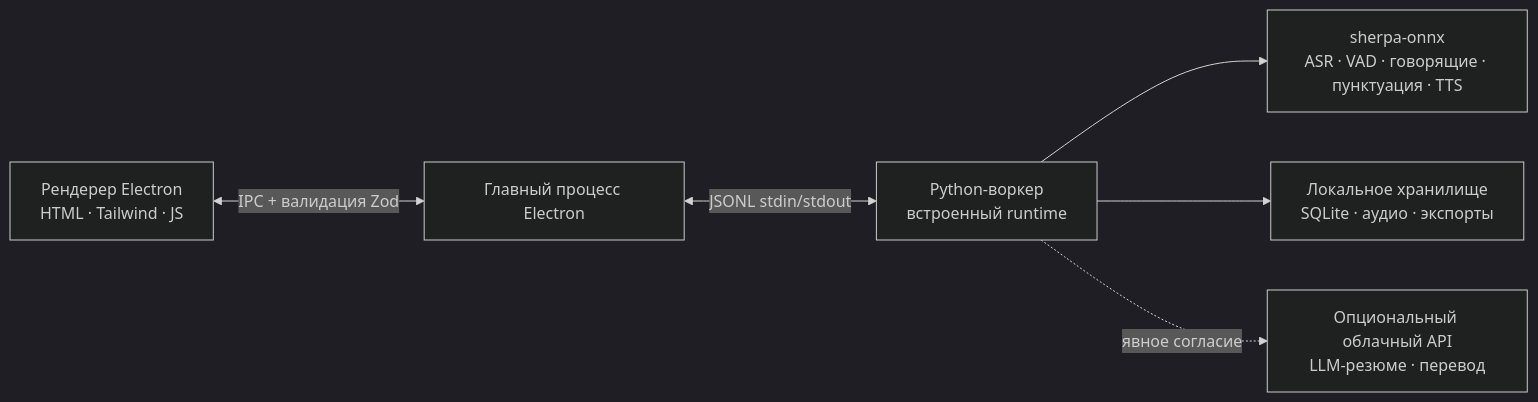
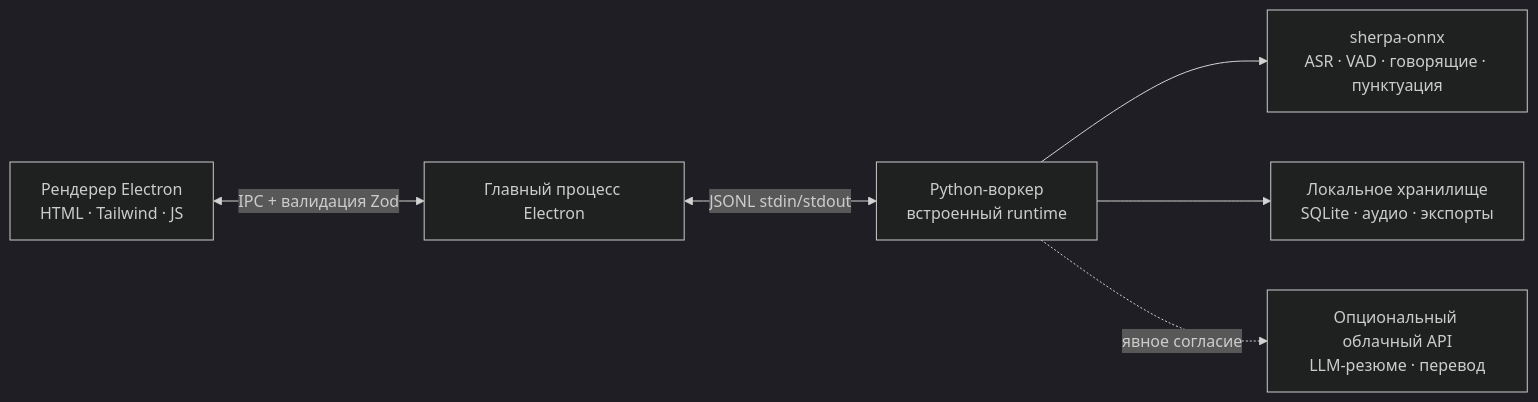
The diagram in docs/README.ru.md (zerolovesea/Brevia), drawn with Mermaid (dark theme) before and after one commit. The commit also changed other lines of this file and 47 other files, not shown here.

````diff
--- a/docs/README.ru.md
+++ b/docs/README.ru.md
@@ -78,8 +77,8 @@
 ```mermaid
 flowchart LR
   A[Рендерер Electron<br/>HTML · Tailwind · JS] <-->|IPC + валидация Zod| B[Главный процесс Electron]
   B <-->|JSONL stdin/stdout| C[Python-воркер<br/>встроенный runtime]
-  C --> D[sherpa-onnx<br/>ASR · VAD · говорящие · пунктуация · TTS]
+  C --> D[sherpa-onnx<br/>ASR · VAD · говорящие · пунктуация]
   C --> E[Локальное хранилище<br/>SQLite · аудио · экспорты]
   C -. явное согласие .-> F[Опциональный облачный API<br/>LLM-резюме · перевод]
 ```
````
